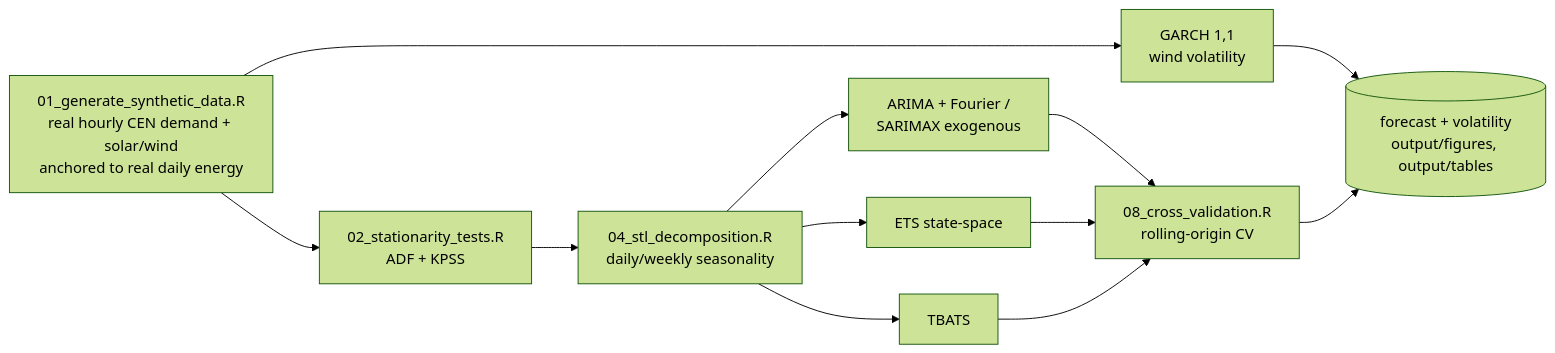
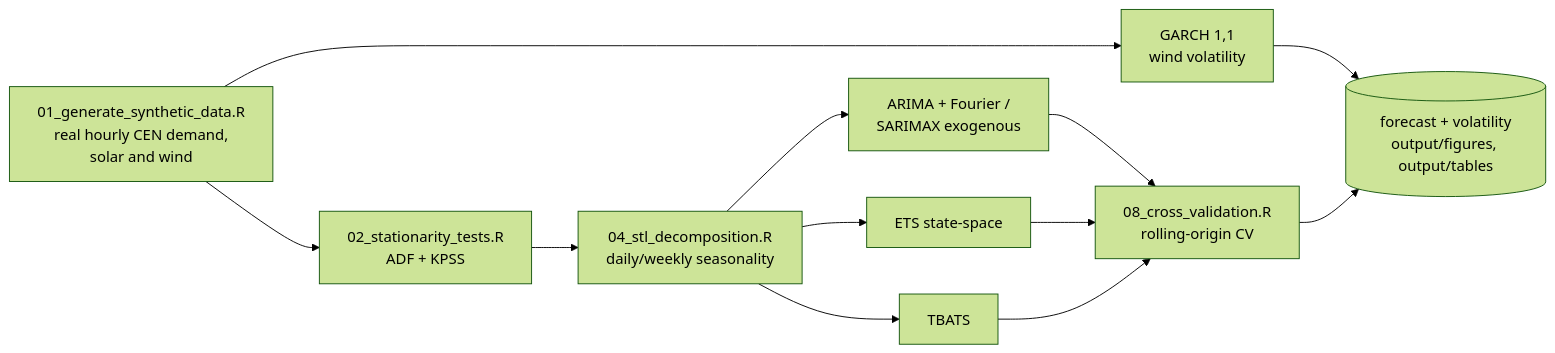
The diagram in README.md (Rxyxs/chile-energy-grid-forecasting-r), drawn with Mermaid (forest theme) before and after one commit. The commit also changed other lines of this file and 9 other files, not shown here.

First line of the commit message:
Use real hourly solar and wind from the CEN daily reports (#6)

````diff
--- a/README.md
+++ b/README.md
@@ -119,14 +119,14 @@
 ```mermaid
 flowchart LR
-    A[01_generate_synthetic_data.R<br/>real hourly CEN demand + solar/wind<br/>anchored to real daily energy] --> B[02_stationarity_tests.R<br/>ADF + KPSS]
+    A[01_generate_synthetic_data.R<br/>real hourly CEN demand,<br/>solar and wind] --> B[02_stationarity_tests.R<br/>ADF + KPSS]
     B --> C[04_stl_decomposition.R<br/>daily/weekly seasonality]
     C --> D1[ARIMA + Fourier /<br/>SARIMAX exogenous]
     C --> D2[ETS state-space]
     C --> D3[TBATS]
     A --> E[GARCH 1,1<br/>wind volatility]
     D1 --> F[08_cross_validation.R<br/>rolling-origin CV]
     D2 --> F
     D3 --> F
     E --> G[(forecast + volatility<br/>output/figures, output/tables)]
     F --> G
 ```
````
